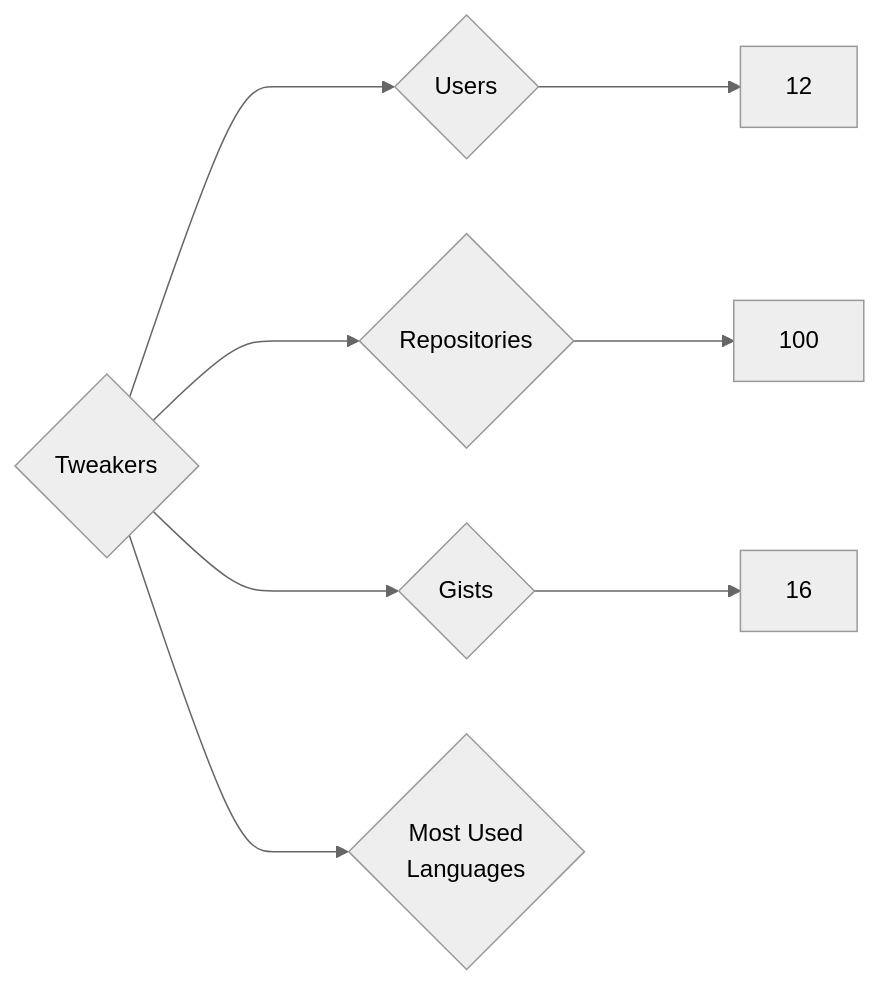
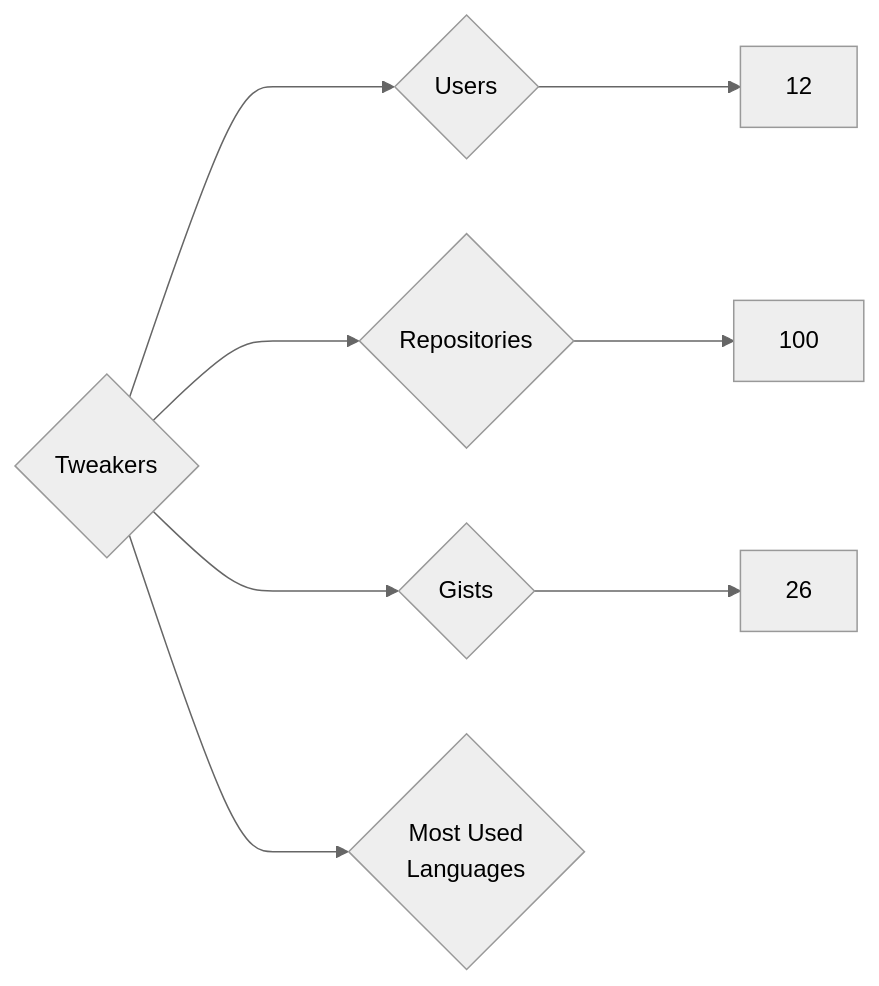
One commit to nenadzaric/insiders changed the diagram in targets/Tweakers/README.md. Above: the diagram before and after it, drawn with Mermaid (neutral theme). The commit also changed 1342 other files, not shown here.

````diff
--- a/targets/Tweakers/README.md
+++ b/targets/Tweakers/README.md
@@ -3,8 +3,8 @@
 ```mermaid
 graph LR
 COMPANY_NAME{Tweakers}
 COMPANY_NAME ---> U{Users} ---> UN[12]
 COMPANY_NAME ---> R{Repositories} ---> RN[100]
-COMPANY_NAME ---> G{Gists} ---> GN[16]
+COMPANY_NAME ---> G{Gists} ---> GN[26]
 COMPANY_NAME ---> ML{Most Used<br>Languages}
 ```
````
